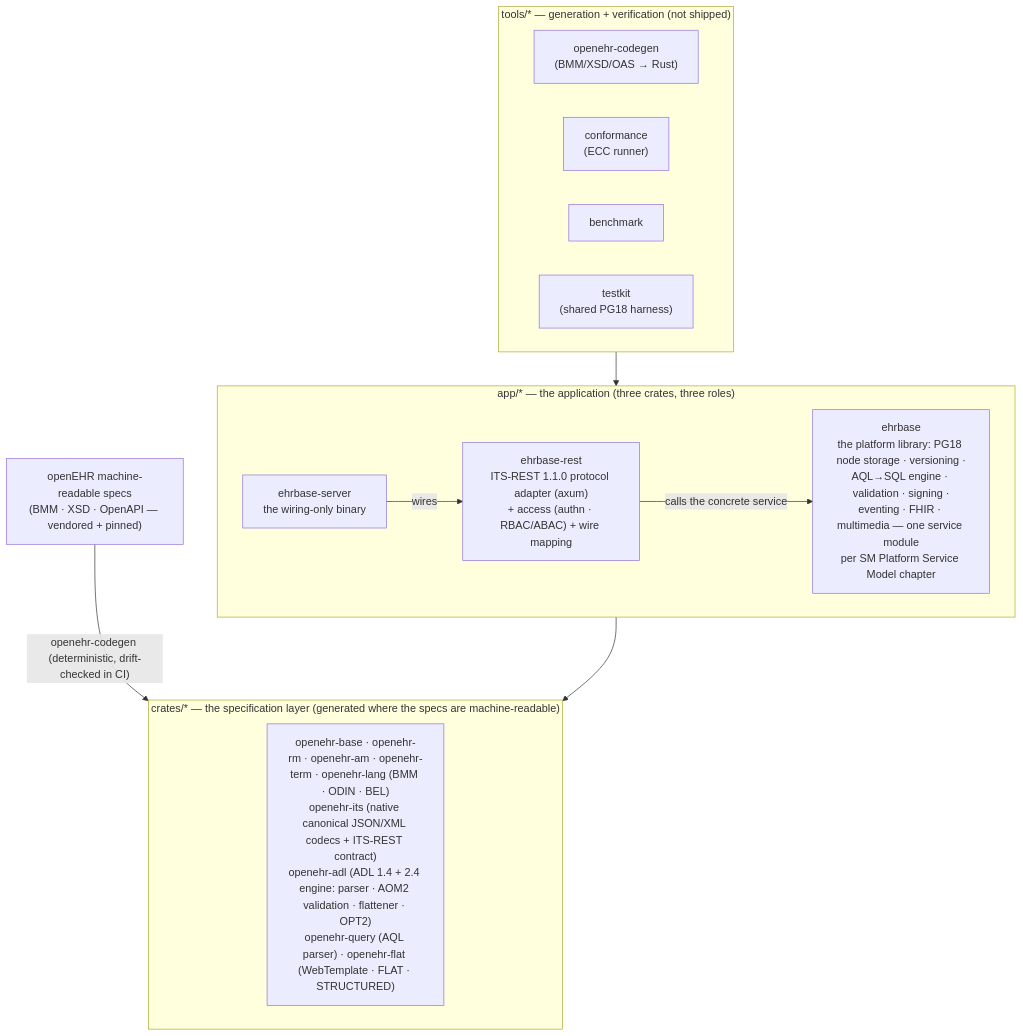
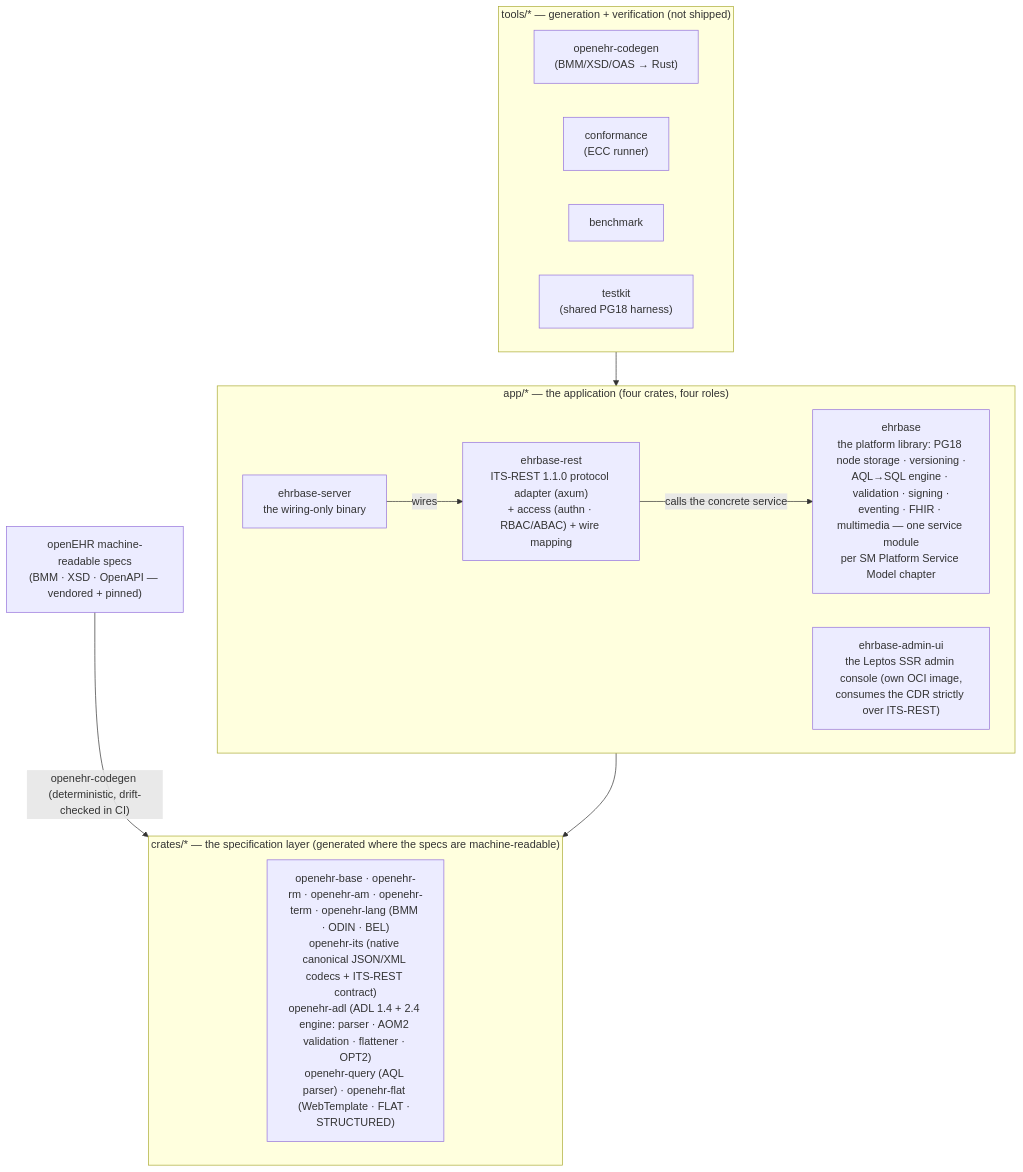
One commit to rubentalstra/FerroEHR changed the diagram in README.md. Above: the diagram before and after it, drawn with Mermaid. The commit also changed 20 other files, not shown here.

````diff
--- a/README.md
+++ b/README.md
@@ -214,27 +214,28 @@
 ```mermaid
 flowchart TB
     specs["openEHR machine-readable specs<br/>(BMM · XSD · OpenAPI — vendored + pinned)"]
 
     subgraph crates ["crates/* — the specification layer (generated where the specs are machine-readable)"]
         openehr["openehr-base · openehr-rm · openehr-am · openehr-term · openehr-lang (BMM · ODIN · BEL)<br/>openehr-its (native canonical JSON/XML codecs + ITS-REST contract)<br/>openehr-adl (ADL 1.4 + 2.4 engine: parser · AOM2 validation · flattener · OPT2)<br/>openehr-query (AQL parser) · openehr-flat (WebTemplate · FLAT · STRUCTURED)"]
     end
 
-    subgraph app ["app/* — the application (three crates, three roles)"]
+    subgraph app ["app/* — the application (four crates, four roles)"]
         rest["ehrbase-rest<br/>ITS-REST 1.1.0 protocol adapter (axum)<br/>+ access (authn · RBAC/ABAC) + wire mapping"]
         core["ehrbase<br/>the platform library: PG18 node storage · versioning ·<br/>AQL→SQL engine · validation · signing ·<br/>eventing · FHIR · multimedia — one service module<br/>per SM Platform Service Model chapter"]
         bin["ehrbase-server<br/>the wiring-only binary"]
+        adminui["ehrbase-admin-ui<br/>the Leptos SSR admin console (own OCI image,<br/>consumes the CDR strictly over ITS-REST)"]
     end
 
     subgraph tools ["tools/* — generation + verification (not shipped)"]
         codegen["openehr-codegen<br/>(BMM/XSD/OAS → Rust)"]
         conf["conformance<br/>(ECC runner)"]
         bench["benchmark"]
         testkit["testkit<br/>(shared PG18 harness)"]
     end
 
     specs -- "openehr-codegen (deterministic, drift-checked in CI)" --> crates
     bin -- "wires" --> rest
     rest -- "calls the concrete service" --> core
     app --> crates
     tools --> app
 ```
````
